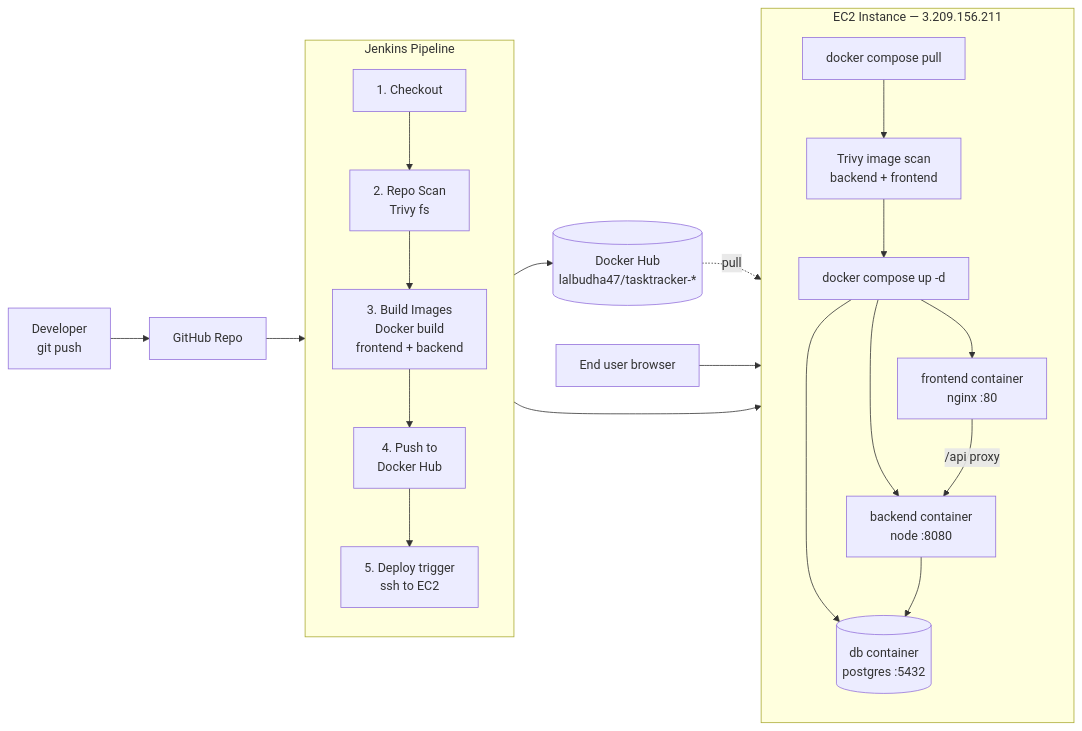
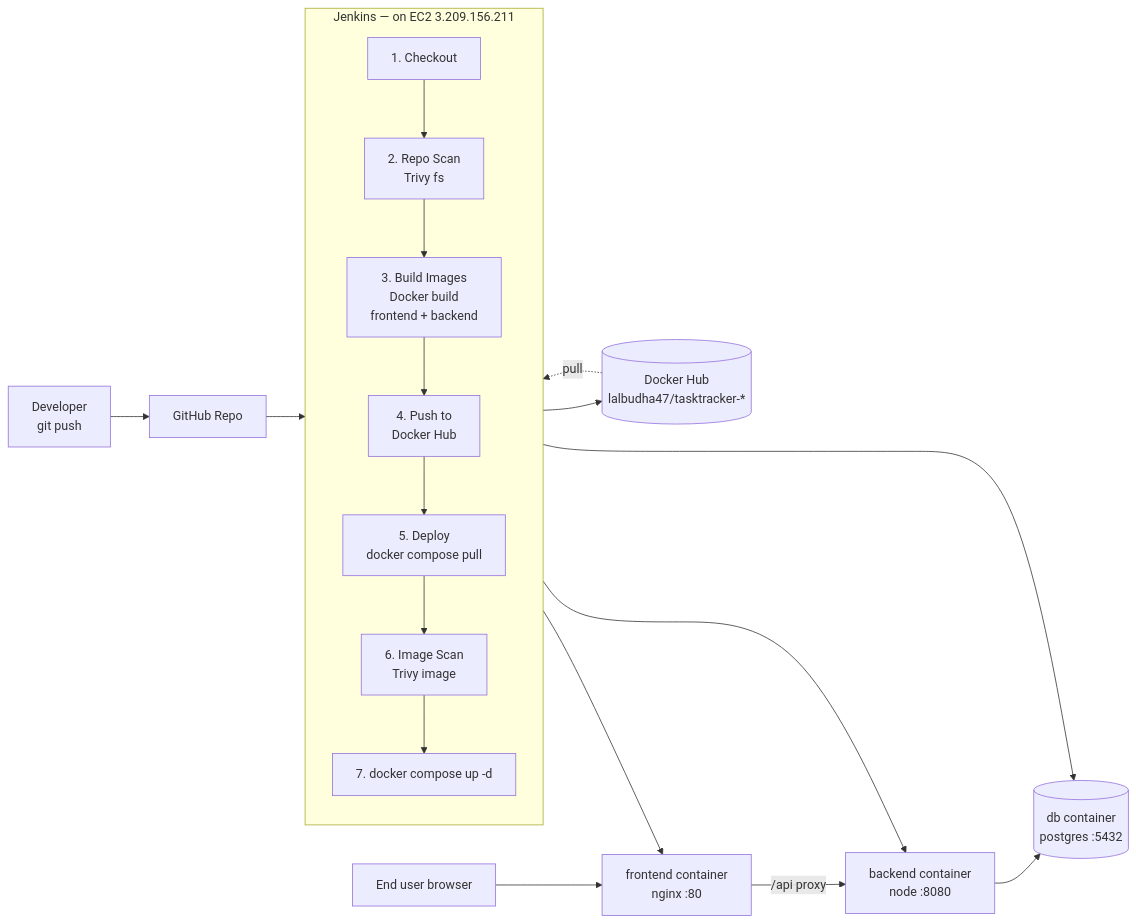
The diagram in WORKSHOP.md (codeboylal/cicd-jenkins-workshop), drawn with Mermaid before and after one commit. The commit also changed other lines of this file and 1 other file, not shown here.

First line of the commit message:
Drop SSH entirely: Jenkins runs on the same EC2 box as the app

````diff
--- a/WORKSHOP.md
+++ b/WORKSHOP.md
@@ -11,29 +24,25 @@
 ```mermaid
 flowchart LR
     Dev[Developer\ngit push] --> GH[GitHub Repo]
-    GH --> JK[Jenkins Pipeline]
+    GH --> JK
 
-    subgraph JK[Jenkins Pipeline]
+    subgraph JK[Jenkins — on EC2 3.209.156.211]
         direction TB
         S1[1. Checkout] --> S2[2. Repo Scan\nTrivy fs]
         S2 --> S3[3. Build Images\nDocker build\nfrontend + backend]
         S3 --> S4[4. Push to\nDocker Hub]
-        S4 --> S5[5. Deploy trigger\nssh to EC2]
+        S4 --> S5[5. Deploy\ndocker compose pull]
+        S5 --> S6[6. Image Scan\nTrivy image]
+        S6 --> S7[7. docker compose up -d]
     end
 
     S4 --> DH[(Docker Hub\nlalbudha47/tasktracker-*)]
-    S5 --> EC2
+    DH -.pull.-> S5
 
-    subgraph EC2[EC2 Instance — 3.209.156.211]
-        direction TB
-        Pull[docker compose pull] --> Scan[Trivy image scan\nbackend + frontend]
-        Scan --> Up[docker compose up -d]
-        Up --> FE[frontend container\nnginx :80]
-        Up --> BE[backend container\nnode :8080]
-        Up --> DB[(db container\npostgres :5432)]
-        FE -->|/api proxy| BE --> DB
-    end
+    S7 --> FE[frontend container\nnginx :80]
+    S7 --> BE[backend container\nnode :8080]
+    S7 --> DB[(db container\npostgres :5432)]
+    FE -->|/api proxy| BE --> DB
 
-    DH -.pull.-> Pull
     User[End user browser] --> FE
 ```
````
